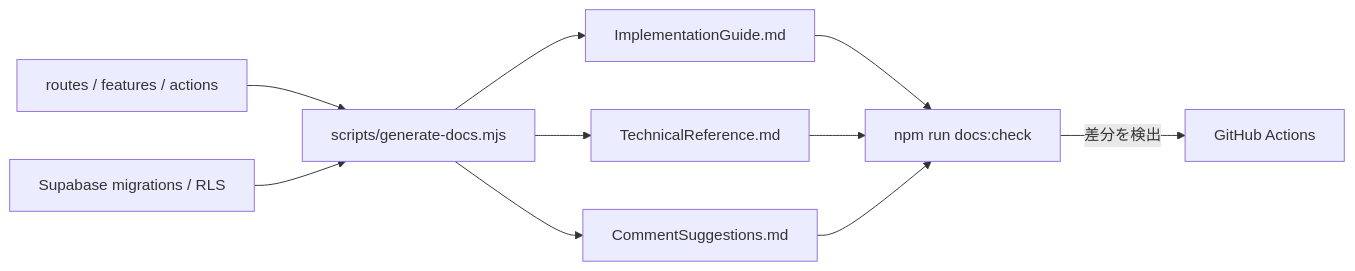
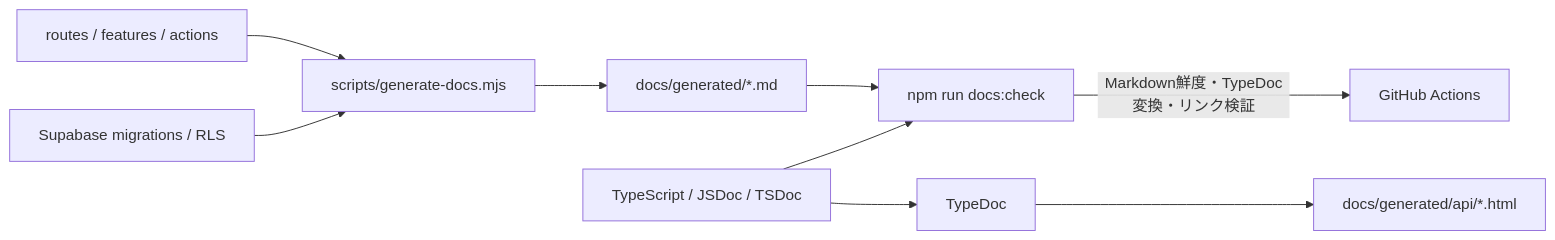
Before and after one commit to yt-hsgw/Life-Inventory: the diagram in docs/DocumentationGeneration.md, drawn with Mermaid. The commit also changed other lines of this file and 14 other files, not shown here.

Commit message:
feat: standardize docs and finalize acceptance flow

````diff
--- a/docs/DocumentationGeneration.md
+++ b/docs/DocumentationGeneration.md
@@ -42,12 +47,11 @@
 ```mermaid
 flowchart LR
+  TS["TypeScript / JSDoc / TSDoc"] --> TypeDoc["TypeDoc"]
+  TypeDoc --> API["docs/generated/api/*.html"]
   Source["routes / features / actions"] --> Generator["scripts/generate-docs.mjs"]
   Migration["Supabase migrations / RLS"] --> Generator
-  Generator --> Guide["ImplementationGuide.md"]
-  Generator --> Reference["TechnicalReference.md"]
-  Generator --> Suggestions["CommentSuggestions.md"]
-  Check["npm run docs:check"] -->|"差分を検出"| CI["GitHub Actions"]
-  Guide --> Check
-  Reference --> Check
-  Suggestions --> Check
+  Generator --> Markdown["docs/generated/*.md"]
+  Check["npm run docs:check"] -->|"Markdown鮮度・TypeDoc変換・リンク検証"| CI["GitHub Actions"]
+  Markdown --> Check
+  TS --> Check
 ```
````
